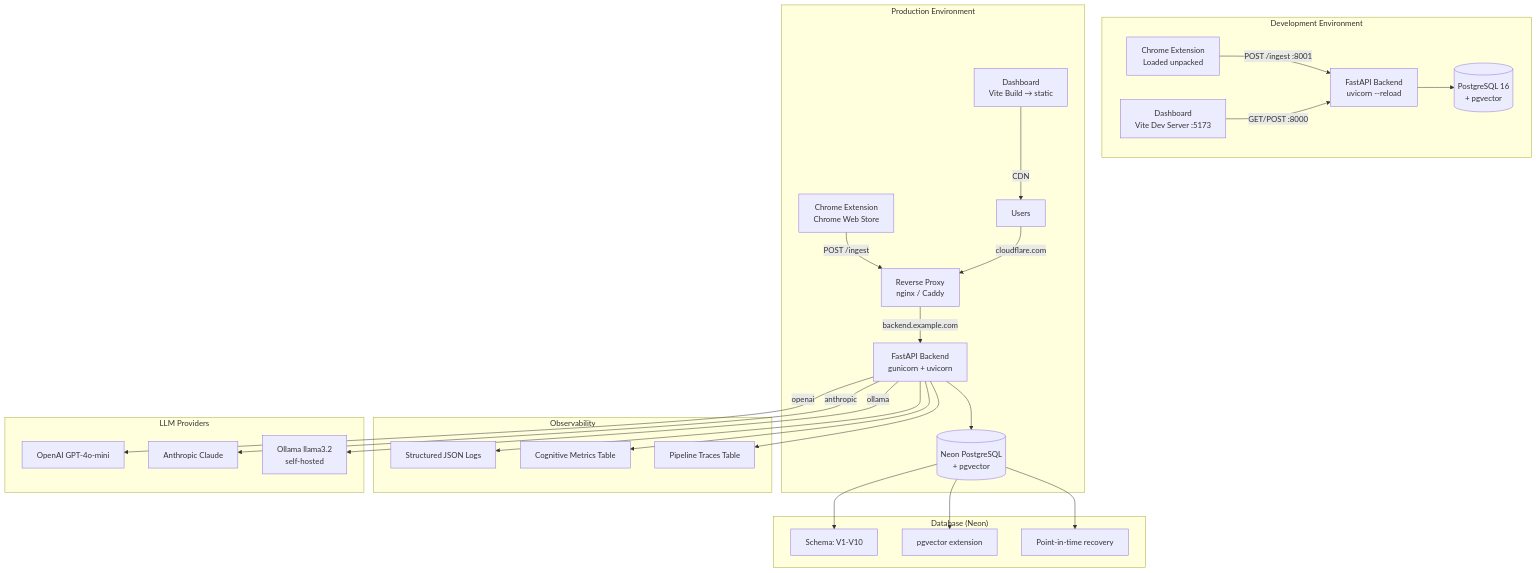
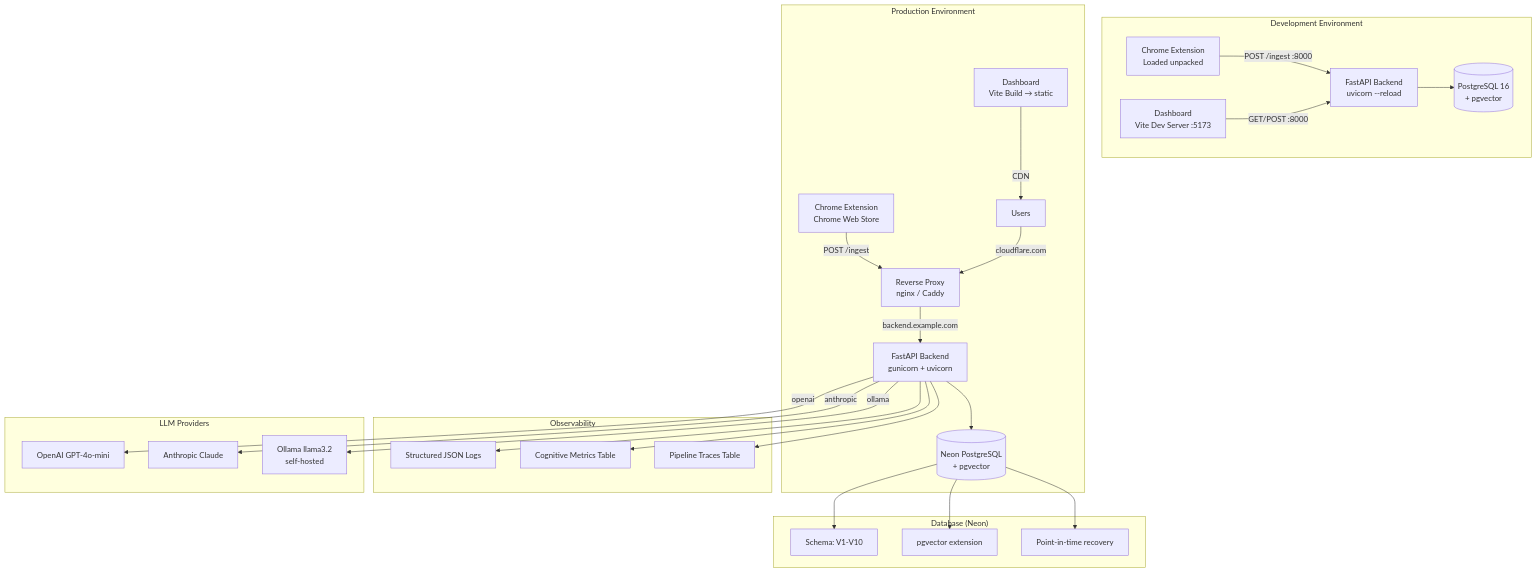
Diagram 15 of 15 in README.md (cnniranjan72/AI-Mirror), drawn with Mermaid before and after one commit. The commit also changed other lines of this file, not shown here.

First line of the commit message:
Fix Mermaid diagrams not rendering on GitHub, update README to match current state

````diff
--- a/README.md
+++ b/README.md
@@ -1693,34 +1783,34 @@
 ```mermaid
 flowchart TB
     subgraph "Development Environment"
-        DEV_EXT[Chrome Extension<br/>Loaded unpacked] -->|POST /ingest :8001| DEV_BE[FastAPI Backend<br/>uvicorn --reload]
+        DEV_EXT[Chrome Extension<br/>Loaded unpacked] -->|POST /ingest :8000| DEV_BE[FastAPI Backend<br/>uvicorn --reload]
         DEV_BE --> DEV_DB[(PostgreSQL 16<br/>+ pgvector)]
         DEV_DASH[Dashboard<br/>Vite Dev Server :5173] -->|GET/POST :8000| DEV_BE
     end
 
     subgraph "Production Environment"
         PROD_EXT[Chrome Extension<br/>Chrome Web Store] -->|POST /ingest| PROXY[Reverse Proxy<br/>nginx / Caddy]
         PROXY -->|backend.example.com| PROD_BE[FastAPI Backend<br/>gunicorn + uvicorn]
         PROD_BE --> PROD_DB[(Neon PostgreSQL<br/>+ pgvector)]
         PROD_DASH[Dashboard<br/>Vite Build → static] -->|CDN| WWW[Users]
         WWW -->|cloudflare.com| PROXY
     end
 
     subgraph "Database (Neon)"
         PROD_DB --> SCHEMA[Schema: V1-V10]
         PROD_DB --> VECTOR[pgvector extension]
         PROD_DB --> BACKUP[Point-in-time recovery]
     end
 
     subgraph "Observability"
         PROD_BE --> LOGS[Structured JSON Logs]
         PROD_BE --> METRICS[Cognitive Metrics Table]
         PROD_BE --> TRACES[Pipeline Traces Table]
     end
 
     subgraph "LLM Providers"
         PROD_BE -->|openai| GPT[OpenAI GPT-4o-mini]
         PROD_BE -->|anthropic| CLAUDE[Anthropic Claude]
         PROD_BE -->|ollama| OLLAMA[Ollama llama3.2<br/>self-hosted]
     end
 ```
````
